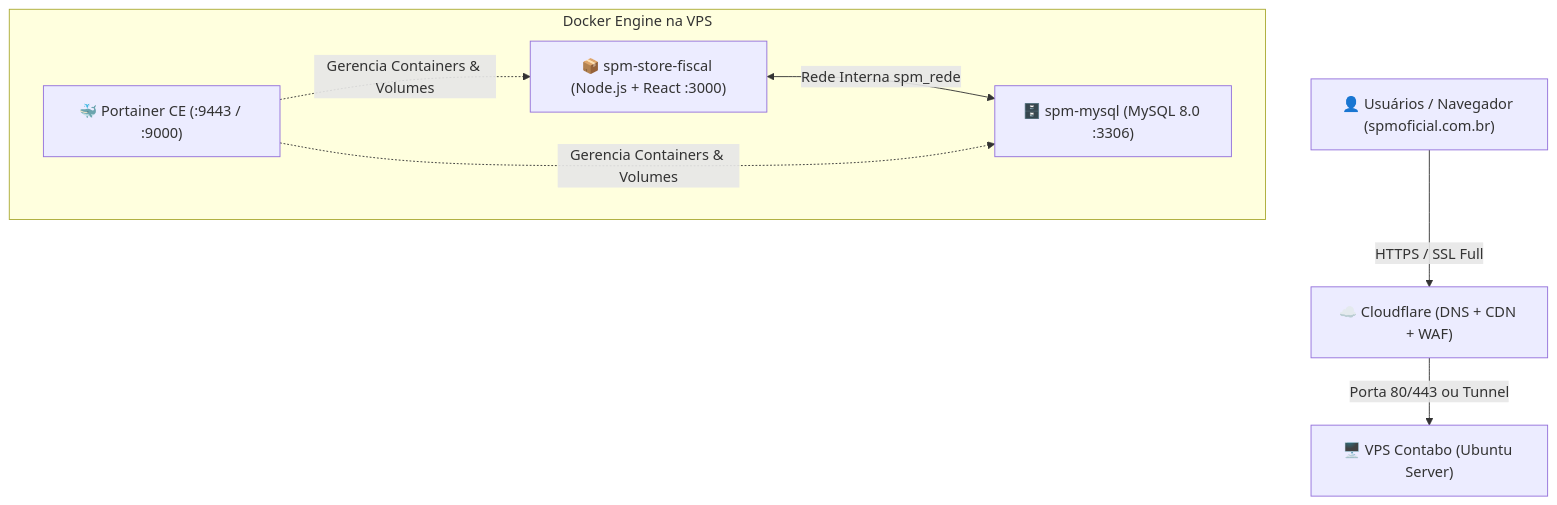
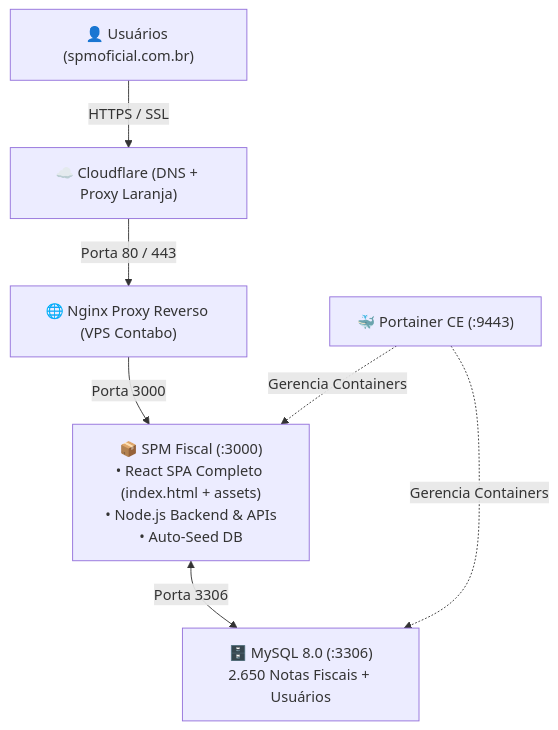
One commit to spmstoreoficial/spmfiscal changed the diagram in GUIA_DEPLOY_VPS_CONTABO.md. Above: the diagram before and after it, drawn with Mermaid. The commit also changed other lines of this file and 84 other files, not shown here.

Commit message:
feat(deploy): solucao completa para Stack Portainer - Dockerfile autocontido, auto-seed DB, index e assets 100%

````diff
--- a/GUIA_DEPLOY_VPS_CONTABO.md
+++ b/GUIA_DEPLOY_VPS_CONTABO.md
@@ -19,15 +39,9 @@
 ```mermaid
 graph TD
-    Client["👤 Usuários / Navegador (spmoficial.com.br)"] -->|HTTPS / SSL Full| CF["☁️ Cloudflare (DNS + CDN + WAF)"]
-    CF -->|Porta 80/443 ou Tunnel| VPS["🖥️ VPS Contabo (Ubuntu Server)"]
-    
-    subgraph "Docker Engine na VPS"
-        Portainer["🐳 Portainer CE (:9443 / :9000)"]
-        SPMApp["📦 spm-store-fiscal (Node.js + React :3000)"]
-        MySQL["🗄️ spm-mysql (MySQL 8.0 :3306)"]
-        
-        SPMApp <-->|Rede Interna spm_rede| MySQL
-        Portainer -.->|Gerencia Containers & Volumes| SPMApp
-        Portainer -.->|Gerencia Containers & Volumes| MySQL
-    end
+    User["👤 Usuários (spmoficial.com.br)"] -->|HTTPS / SSL| CF["☁️ Cloudflare (DNS + Proxy Laranja)"]
+    CF -->|Porta 80 / 443| Nginx["🌐 Nginx Proxy Reverso (VPS Contabo)"]
+    Nginx -->|Porta 3000| App["📦 SPM Fiscal (:3000)<br>• React SPA Completo (index.html + assets)<br>• Node.js Backend & APIs<br>• Auto-Seed DB"]
+    App <-->|Porta 3306| MySQL["🗄️ MySQL 8.0 (:3306)<br>2.650 Notas Fiscais + Usuários"]
+    Portainer["🐳 Portainer CE (:9443)"] -.->|Gerencia Containers| App
+    Portainer -.->|Gerencia Containers| MySQL
 ```
````
